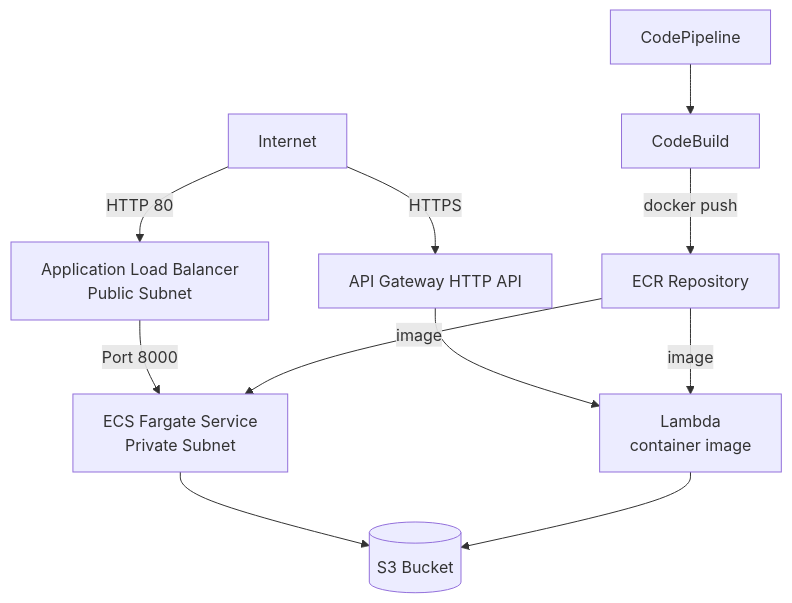
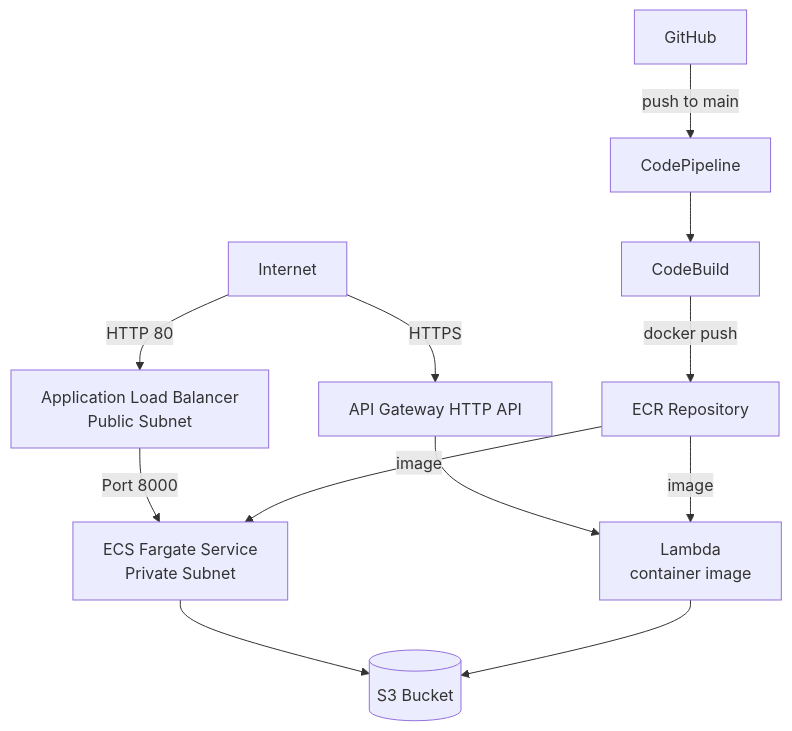
The diagram in README.md (Acegenesis/stratocore-golden-path), drawn with Mermaid before and after one commit.

Commit message:
docs: add GitHub trigger to CI/CD diagram

````diff
--- a/README.md
+++ b/README.md
@@ -9,15 +9,16 @@
 ```mermaid
 graph TD
     Internet -->|HTTP 80| ALB[Application Load Balancer\nPublic Subnet]
     ALB -->|Port 8000| ECS[ECS Fargate Service\nPrivate Subnet]
     ECS --> S3[(S3 Bucket)]
 
     Internet -->|HTTPS| APIGW[API Gateway HTTP API]
     APIGW --> Lambda[Lambda\ncontainer image]
     Lambda --> S3
 
+    GitHub -->|push to main| CodePipeline
     CodePipeline --> CodeBuild
     CodeBuild -->|docker push| ECR[ECR Repository]
     ECR -->|image| ECS
     ECR -->|image| Lambda
 ```
````
